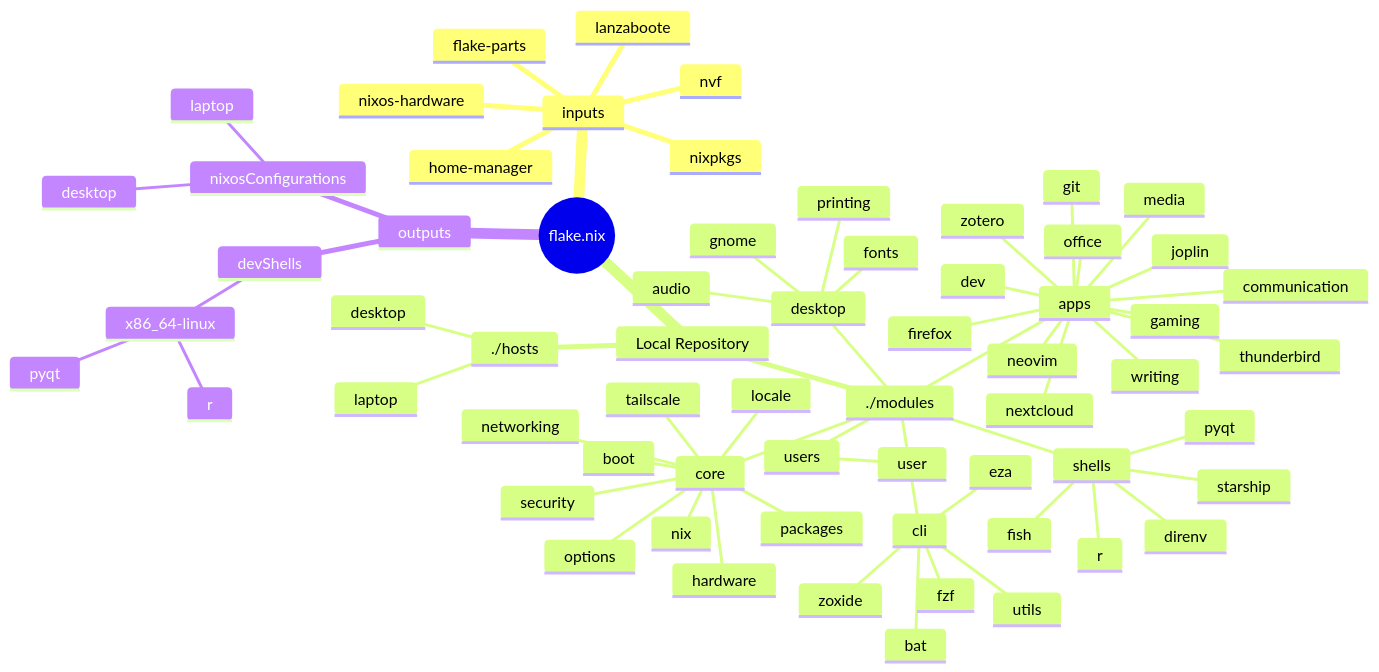
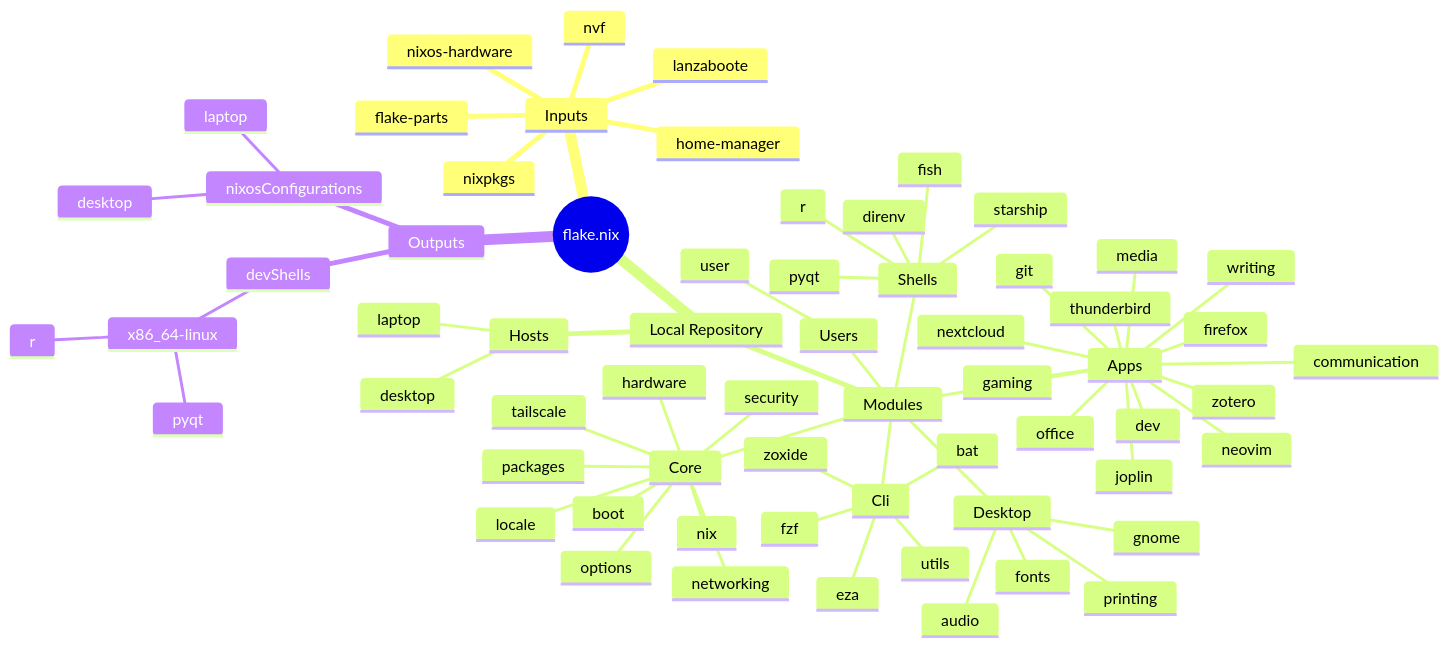
Before and after one commit to samuel-garmany/NixOS: the diagram in README.md, drawn with Mermaid. The commit also changed 1 other file, not shown here.

Commit message:
style: use pretty names in mindmap while keeping technical accuracy

````diff
--- a/README.md
+++ b/README.md
@@ -8,67 +8,67 @@
 ```mermaid
 mindmap
   root((flake.nix))
-    inputs
+    Inputs
       flake-parts
       home-manager
       lanzaboote
       nixos-hardware
       nixpkgs
       nvf
     Local Repository
-      ./hosts
+      Hosts
         desktop
         laptop
-      ./modules
-        apps
+      Modules
+        Apps
           communication
           dev
           firefox
           gaming
           git
           joplin
           media
           neovim
           nextcloud
           office
           thunderbird
           writing
           zotero
-        cli
+        Cli
           bat
           eza
           fzf
           utils
           zoxide
-        core
+        Core
           boot
           hardware
           locale
           networking
           nix
           options
           packages
           security
           tailscale
-        desktop
+        Desktop
           audio
           fonts
           gnome
           printing
-        shells
+        Shells
           direnv
           fish
           pyqt
           r
           starship
-        users
+        Users
           user
-    outputs
+    Outputs
       devShells
         x86_64-linux
           pyqt
           r
       nixosConfigurations
         desktop
         laptop
 ```
````
